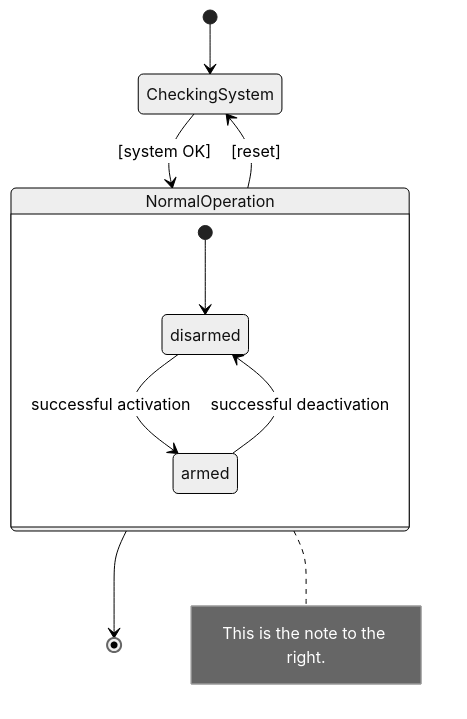
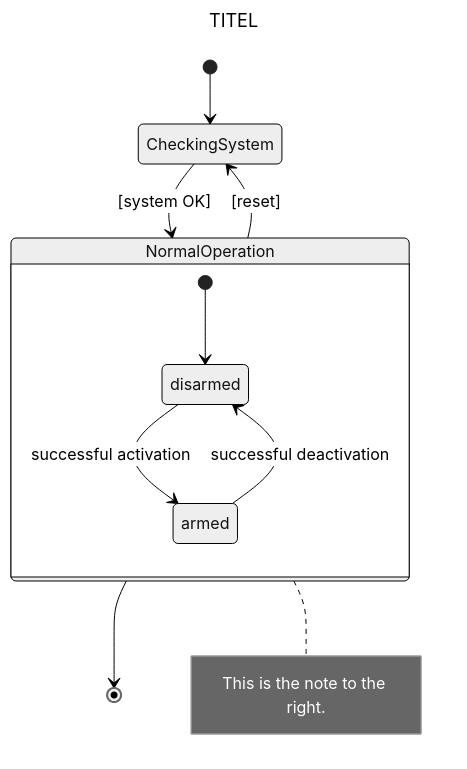
Before and after one commit to ibm4n/zhaw-summaries: the diagram in S_4/SWEN/diagram-templates/zustands-diagramm.mmd, drawn with Mermaid (neutral theme). The commit also changed 3 other files, not shown here.

Commit message:
updated mermaid ressources

```diff
--- a/S_4/SWEN/diagram-templates/zustands-diagramm.mmd
+++ b/S_4/SWEN/diagram-templates/zustands-diagramm.mmd
@@ -1,17 +1,19 @@
-
+---
+title: TITEL
+---
 stateDiagram-v2
 %% https://mermaid.js.org/syntax/stateDiagram.html#state-diagrams
    
     [*] --> CheckingSystem
     CheckingSystem --> NormalOperation : [system OK]
     NormalOperation --> [*]
     NormalOperation --> CheckingSystem : [reset]
    
     state NormalOperation {
         [*] --> disarmed
         
         disarmed -->  armed: successful activation
         armed --> disarmed : successful deactivation
     }
 
     note right of NormalOperation : This is the note to the right.
```
